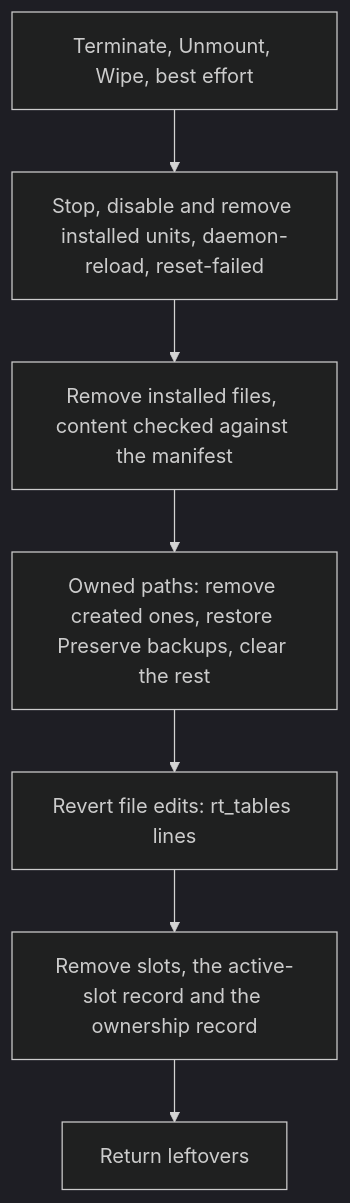
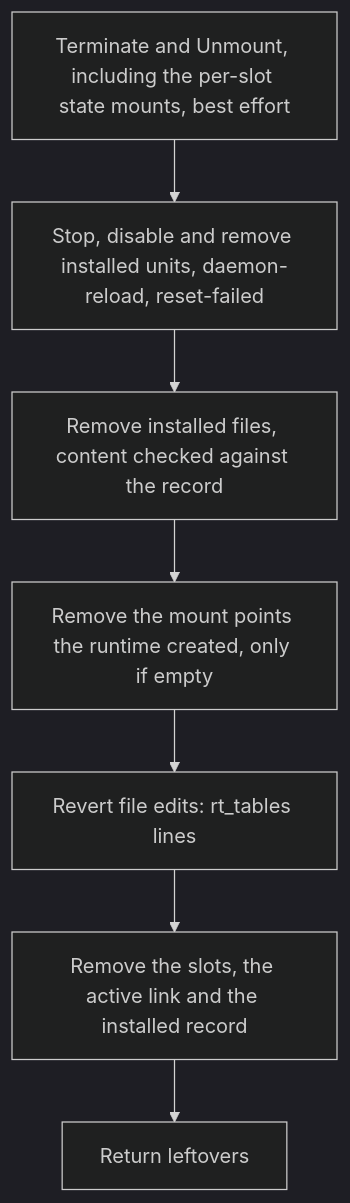
The second of 2 diagrams in designs/agent-v2/07-host-runtime-cleanup.md (Azure/unbounded), drawn with Mermaid (dark theme) before and after one commit. The commit also changed other lines of this file and 12 other files, not shown here.

````diff
--- a/designs/agent-v2/07-host-runtime-cleanup.md
+++ b/designs/agent-v2/07-host-runtime-cleanup.md
@@ -348,9 +343,9 @@
 ```mermaid
 flowchart TD
-  B["Terminate, Unmount, Wipe, best effort"] --> D["Stop, disable and remove installed units, daemon-reload, reset-failed"]
-  D --> E["Remove installed files, content checked against the manifest"]
-  E --> F["Owned paths: remove created ones, restore Preserve backups, clear the rest"]
+  B["Terminate and Unmount, including the per-slot state mounts, best effort"] --> D["Stop, disable and remove installed units, daemon-reload, reset-failed"]
+  D --> E["Remove installed files, content checked against the record"]
+  E --> F["Remove the mount points the runtime created, only if empty"]
   F --> G["Revert file edits: rt_tables lines"]
-  G --> I["Remove slots, the active-slot record and the ownership record"]
+  G --> I["Remove the slots, the active link and the installed record"]
   I --> J["Return leftovers"]
 ```
````
